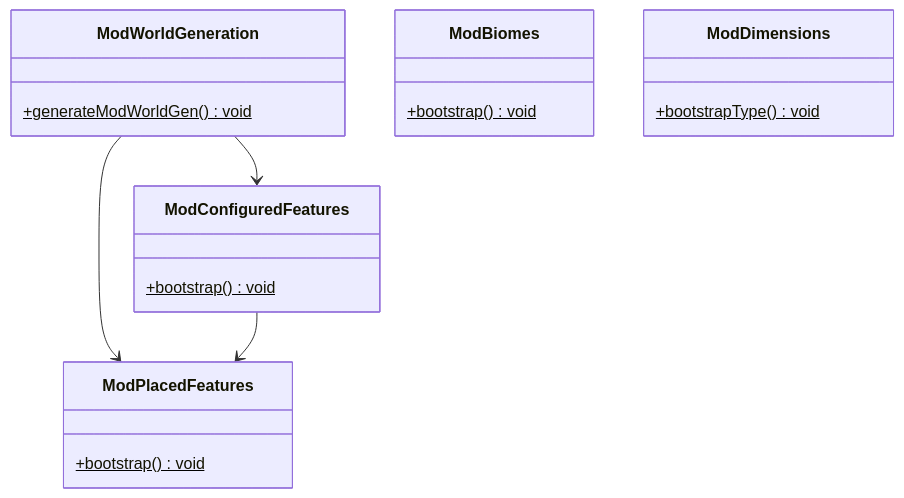
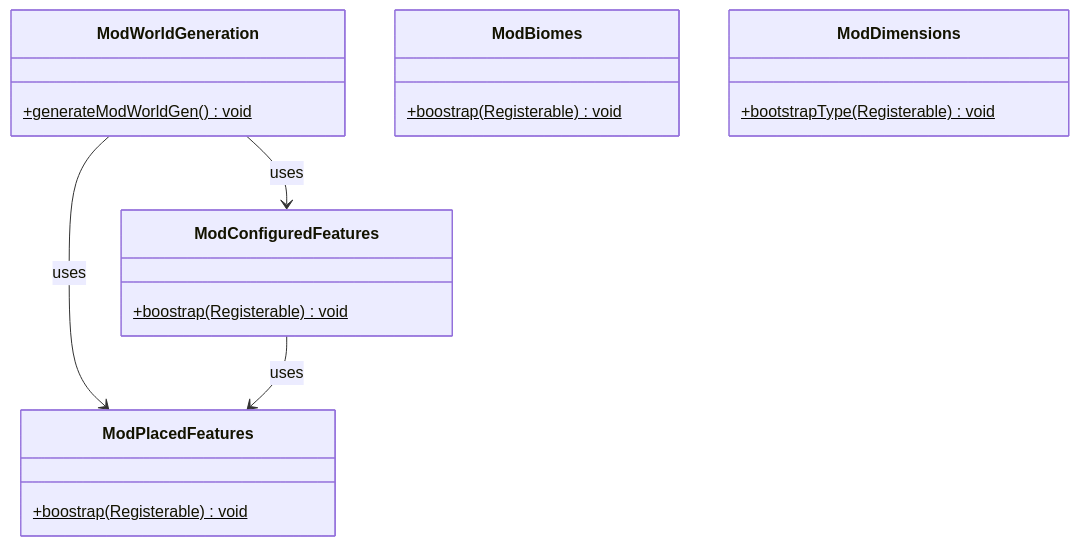
The fifth of 6 diagrams in classdiagram.md (Lord-of-the-Rings-Middle-Earth-Mod/Lord-of-the-Rings-Middle-Earth-Mod), drawn with Mermaid before and after one commit. The commit also changed other lines of this file, not shown here.

Commit message:
Add back detailed method signatures to all class diagrams while preserving sectioned layout

````diff
--- a/classdiagram.md
+++ b/classdiagram.md
@@ -222,29 +273,29 @@
 ```mermaid
 classDiagram
     direction TB
     
     class ModWorldGeneration {
         +generateModWorldGen() void$
     }
 
     class ModConfiguredFeatures {
-        +bootstrap() void$
+        +boostrap(Registerable) void$
     }
 
     class ModPlacedFeatures {
-        +bootstrap() void$
+        +boostrap(Registerable) void$
     }
 
     class ModBiomes {
-        +bootstrap() void$
+        +boostrap(Registerable) void$
     }
 
     class ModDimensions {
-        +bootstrapType() void$
+        +bootstrapType(Registerable) void$
     }
 
     %% Relationships
-    ModWorldGeneration --> ModConfiguredFeatures
-    ModWorldGeneration --> ModPlacedFeatures
-    ModConfiguredFeatures --> ModPlacedFeatures
+    ModWorldGeneration --> ModConfiguredFeatures : uses
+    ModWorldGeneration --> ModPlacedFeatures : uses
+    ModConfiguredFeatures --> ModPlacedFeatures : uses
 ```
````
